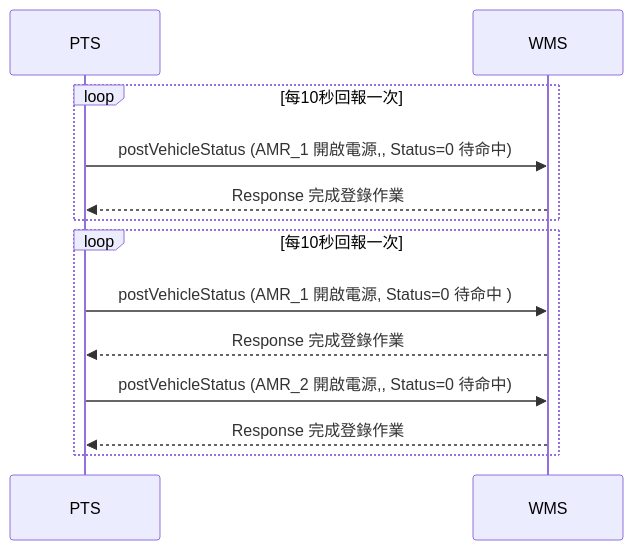
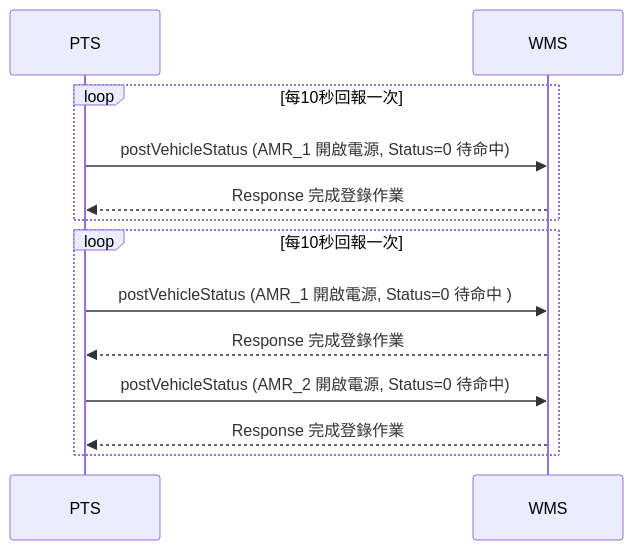
Before and after one commit to athena-tircgo/amr-wms-lsj: the fifth of 5 diagrams in README.md, drawn with Mermaid. The commit also changed other lines of this file, not shown here.

````diff
--- a/README.md
+++ b/README.md
@@ -278,17 +302,17 @@
 ```mermaid
 sequenceDiagram
     participant PTS
     participant WMS
 
     loop 每10秒回報一次
-        PTS->>WMS:postVehicleStatus (AMR_1 開啟電源,, Status=0 待命中)
+        PTS->>WMS:postVehicleStatus (AMR_1 開啟電源, Status=0 待命中)
         WMS-->>PTS: Response 完成登錄作業
     end
 
     loop 每10秒回報一次
         PTS->>WMS:postVehicleStatus (AMR_1 開啟電源, Status=0 待命中 )
         WMS-->>PTS: Response 完成登錄作業
-        PTS->>WMS:postVehicleStatus (AMR_2 開啟電源,, Status=0 待命中)
+        PTS->>WMS:postVehicleStatus (AMR_2 開啟電源, Status=0 待命中)
         WMS-->>PTS: Response 完成登錄作業
     end
 ```
````
